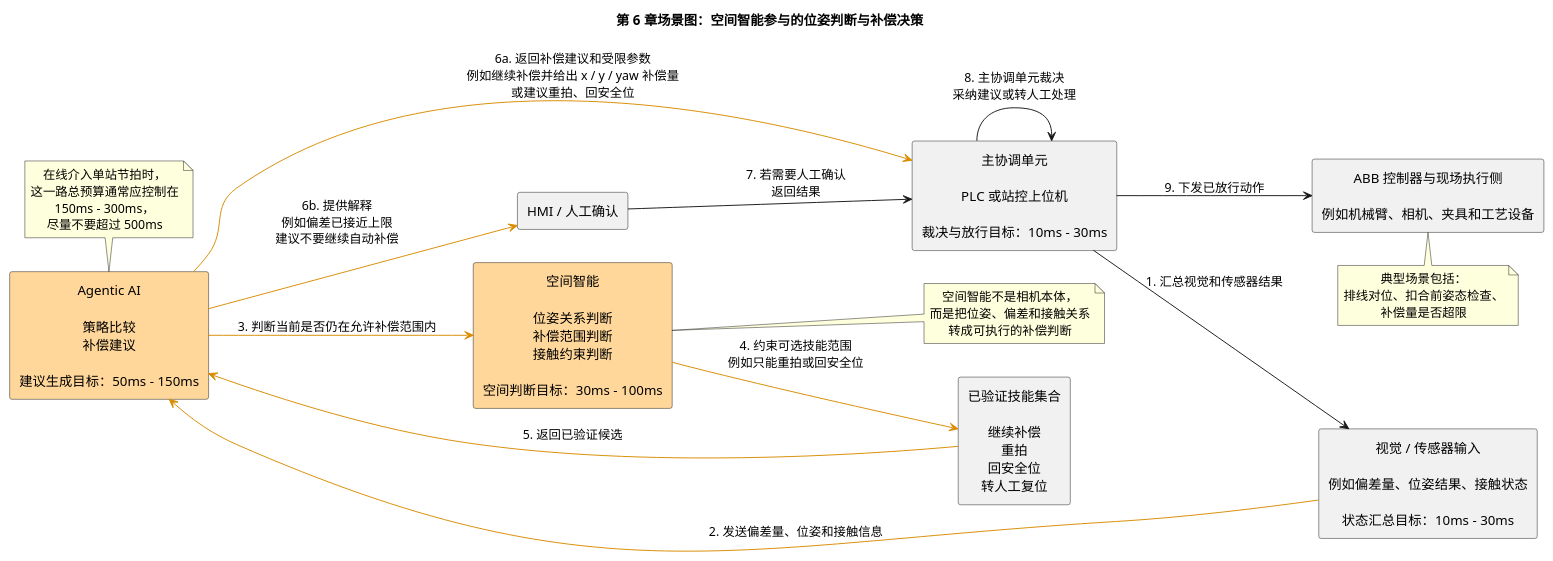
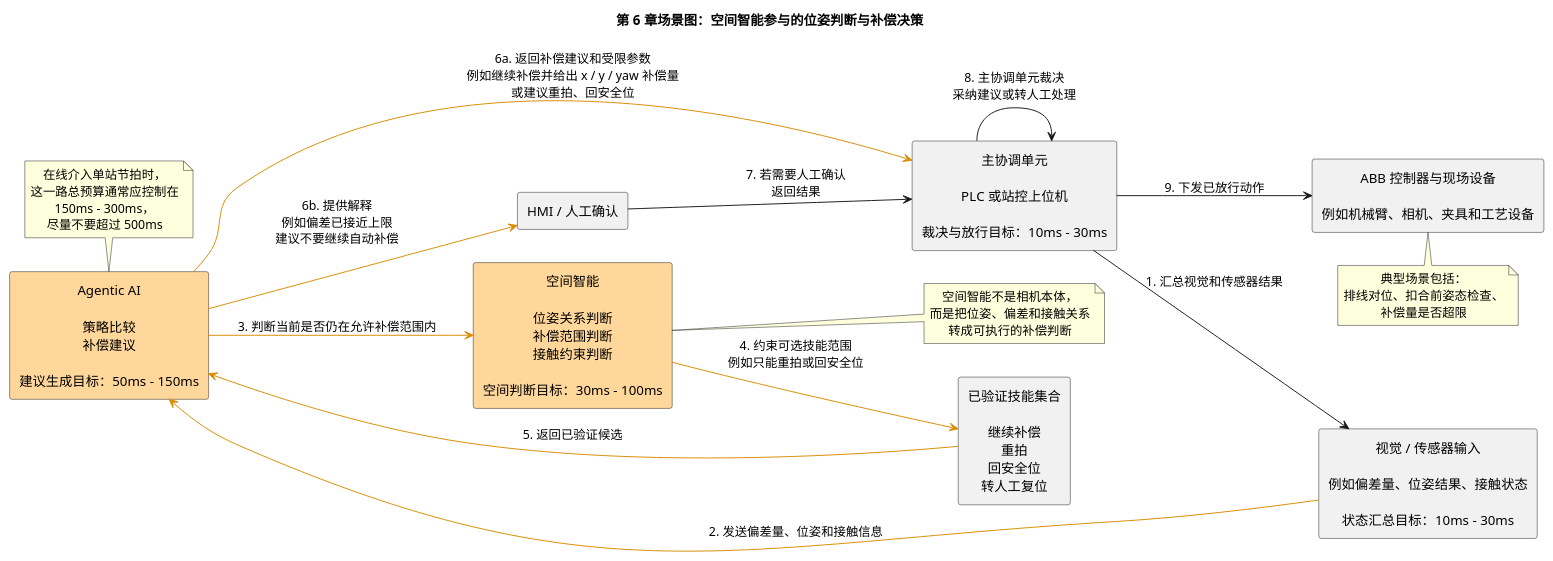
One commit to coolbeevip/coolbeevip.github.io changed the diagram in content/posts/embodied-ai/abb-isaac-agent-flexible-manufacturing-ai-first/diagrams/abb-isaac-agent-flexible-manufacturing-ai-first-06-spatial-intelligence-compensation.puml. Above: the diagram before and after it, drawn with PlantUML. The commit also changed 7 other files, not shown here.

```diff
--- a/content/posts/embodied-ai/abb-isaac-agent-flexible-manufacturing-ai-first/diagrams/abb-isaac-agent-flexible-manufacturing-ai-first-06-spatial-intelligence-compensation.puml
+++ b/content/posts/embodied-ai/abb-isaac-agent-flexible-manufacturing-ai-first/diagrams/abb-isaac-agent-flexible-manufacturing-ai-first-06-spatial-intelligence-compensation.puml
@@ -1,46 +1,46 @@
 @startuml
 title 第 6 章场景图：空间智能参与的位姿判断与补偿决策
 left to right direction
 skinparam shadowing false
 skinparam packageStyle rectangle
 skinparam defaultTextAlignment center
 skinparam wrapWidth 220
 
 rectangle "主协调单元\n\nPLC 或站控上位机\n\n裁决与放行目标：10ms - 30ms" as LOOP
 rectangle "视觉 / 传感器输入\n\n例如偏差量、位姿结果、接触状态\n\n状态汇总目标：10ms - 30ms" as SENSOR
 rectangle "Agentic AI\n\n策略比较\n补偿建议\n\n建议生成目标：50ms - 150ms" as APP #FFD79A
 rectangle "空间智能\n\n位姿关系判断\n补偿范围判断\n接触约束判断\n\n空间判断目标：30ms - 100ms" as SI #FFD79A
 rectangle "已验证技能集合\n\n继续补偿\n重拍\n回安全位\n转人工复位" as SKILL
 rectangle "HMI / 人工确认" as HMI
-rectangle "ABB 控制器与现场执行侧\n\n例如机械臂、相机、夹具和工艺设备" as EXEC
+rectangle "ABB 控制器与现场设备\n\n例如机械臂、相机、夹具和工艺设备" as EXEC
 
 LOOP --> SENSOR : 1. 汇总视觉和传感器结果
 SENSOR -[#D98C00]-> APP : 2. 发送偏差量、位姿和接触信息
 APP -[#D98C00]-> SI : 3. 判断当前是否仍在允许补偿范围内
 SI -[#D98C00]-> SKILL : 4. 约束可选技能范围\n例如只能重拍或回安全位
 SKILL -[#D98C00]-> APP : 5. 返回已验证候选
 APP -[#D98C00]-> LOOP : 6a. 返回补偿建议和受限参数\n例如继续补偿并给出 x / y / yaw 补偿量\n或建议重拍、回安全位
 APP -[#D98C00]-> HMI : 6b. 提供解释\n例如偏差已接近上限\n建议不要继续自动补偿
 HMI --> LOOP : 7. 若需要人工确认\n返回结果
 LOOP --> LOOP : 8. 主协调单元裁决\n采纳建议或转人工处理
 LOOP --> EXEC : 9. 下发已放行动作
 
 note right of SI
 空间智能不是相机本体，
 而是把位姿、偏差和接触关系
 转成可执行的补偿判断
 end note
 
 note top of APP
 在线介入单站节拍时，
 这一路总预算通常应控制在
 150ms - 300ms，
 尽量不要超过 500ms
 end note
 
 note bottom of EXEC
 典型场景包括：
 排线对位、扣合前姿态检查、
 补偿量是否超限
 end note
 @enduml
```
